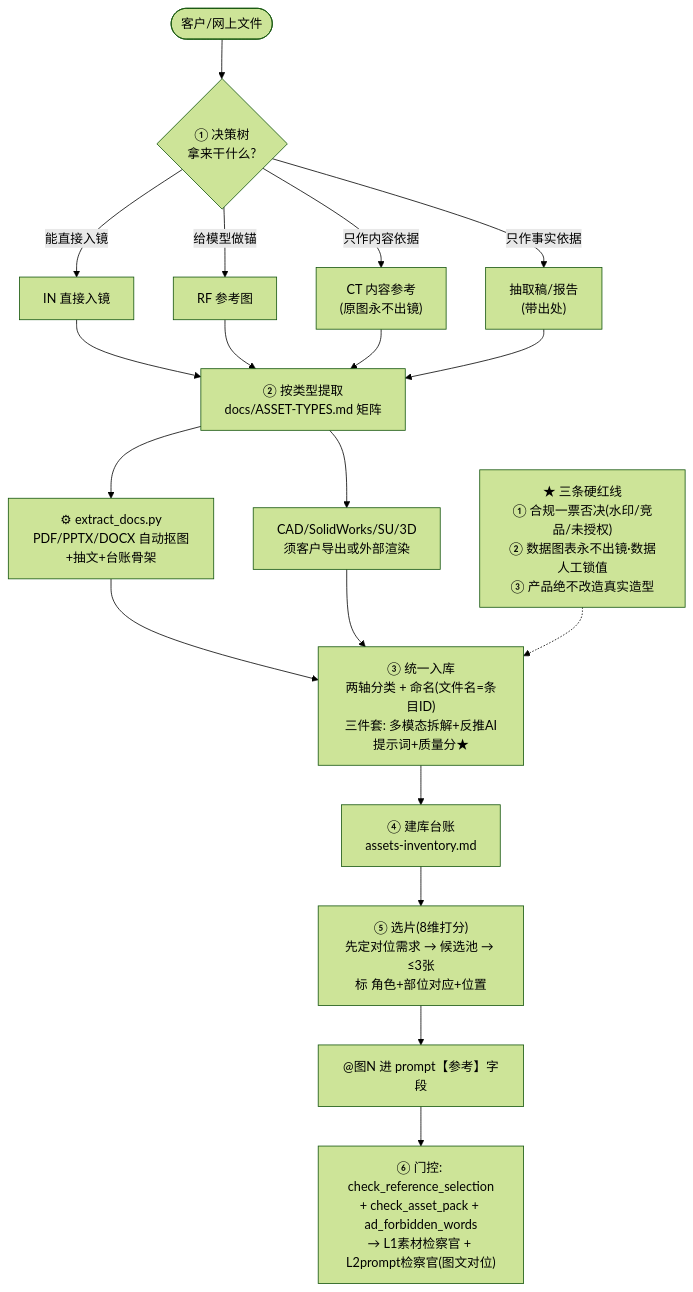
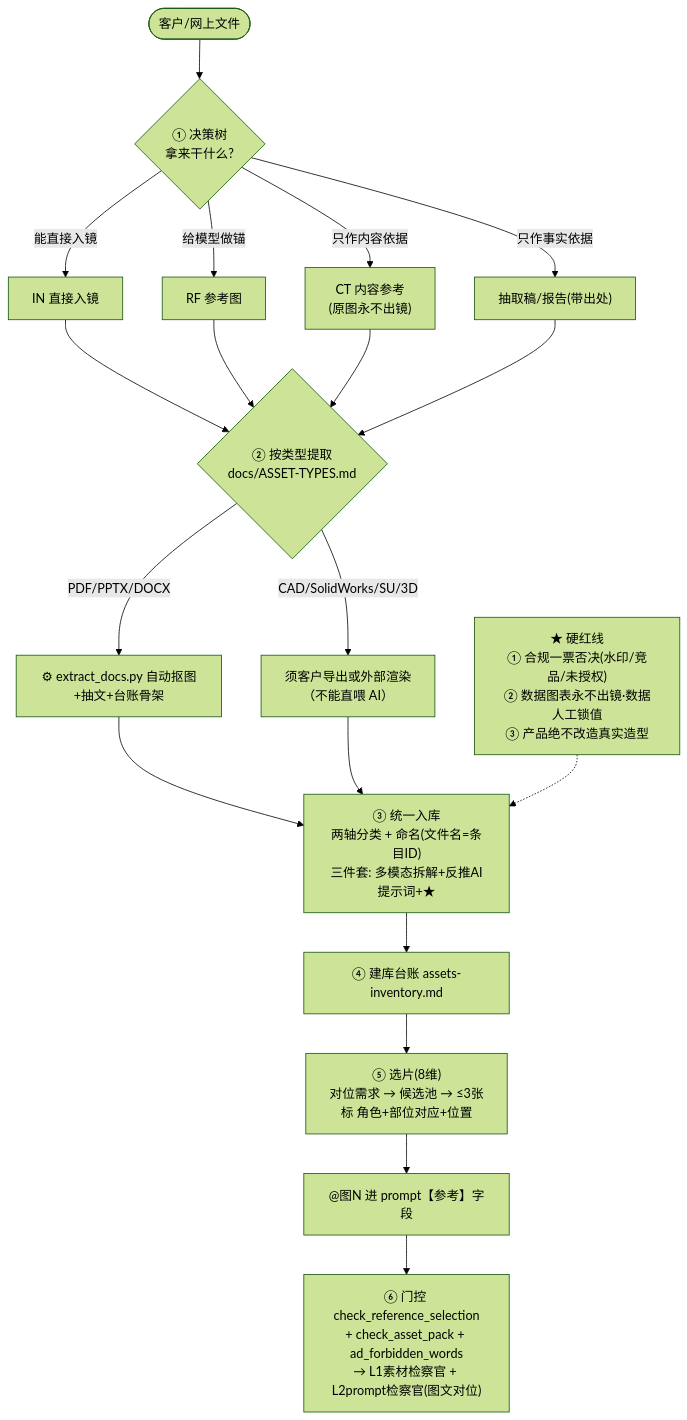
One commit to longmao-001/kesheng_skill changed the second of 2 diagrams in docs/SOP-FLOW.md. Above: the diagram before and after it, drawn with Mermaid (forest theme). The commit also changed other lines of this file, not shown here.

First line of the commit message:
docs(sop): SOP-FLOW 升为完整版 —— 补图三 PPT流程 + 全19拍板点 + 检察官五层 + 硬规则15条

````diff
--- a/docs/SOP-FLOW.md
+++ b/docs/SOP-FLOW.md
@@ -200,21 +264,21 @@
 ```mermaid
 flowchart TD
     F([客户/网上文件]) --> D{"① 决策树<br/>拿来干什么?"}
     D -->|能直接入镜| IN["IN 直接入镜"]
     D -->|给模型做锚| RF["RF 参考图"]
     D -->|只作内容依据| CT["CT 内容参考<br/>(原图永不出镜)"]
-    D -->|只作事实依据| FACT["抽取稿/报告<br/>(带出处)"]
-    IN --> EX["② 按类型提取<br/>docs/ASSET-TYPES.md 矩阵"]
+    D -->|只作事实依据| FACT["抽取稿/报告(带出处)"]
+    IN --> EX{"② 按类型提取<br/>docs/ASSET-TYPES.md"}
     RF --> EX
     CT --> EX
     FACT --> EX
-    EX --> AUTO["⚙ extract_docs.py<br/>PDF/PPTX/DOCX 自动抠图+抽文+台账骨架"]
-    EX --> MAN["CAD/SolidWorks/SU/3D<br/>须客户导出或外部渲染"]
-    AUTO --> CLASS["③ 统一入库<br/>两轴分类 + 命名(文件名=条目ID)<br/>三件套: 多模态拆解+反推AI提示词+质量分★"]
+    EX -->|PDF/PPTX/DOCX| AUTO["⚙ extract_docs.py 自动抠图+抽文+台账骨架"]
+    EX -->|CAD/SolidWorks/SU/3D| MAN["须客户导出或外部渲染<br/>（不能直喂 AI）"]
+    AUTO --> CLASS["③ 统一入库<br/>两轴分类 + 命名(文件名=条目ID)<br/>三件套: 多模态拆解+反推AI提示词+★"]
     MAN --> CLASS
-    CLASS --> LEDGER["④ 建库台账<br/>assets-inventory.md"]
-    LEDGER --> SEL["⑤ 选片(8维打分)<br/>先定对位需求 → 候选池 → ≤3张<br/>标 角色+部位对应+位置"]
+    CLASS --> LEDGER["④ 建库台账 assets-inventory.md"]
+    LEDGER --> SEL["⑤ 选片(8维)<br/>对位需求 → 候选池 → ≤3张<br/>标 角色+部位对应+位置"]
     SEL --> PROMPT["@图N 进 prompt【参考】字段"]
-    PROMPT --> GATE["⑥ 门控: check_reference_selection<br/>+ check_asset_pack + ad_forbidden_words<br/>→ L1素材检察官 + L2prompt检察官(图文对位)"]
-    RED["★ 三条硬红线<br/>① 合规一票否决(水印/竞品/未授权)<br/>② 数据图表永不出镜·数据人工锁值<br/>③ 产品绝不改造真实造型"] -.-> CLASS
+    PROMPT --> GATE["⑥ 门控 check_reference_selection<br/>+ check_asset_pack + ad_forbidden_words<br/>→ L1素材检察官 + L2prompt检察官(图文对位)"]
+    RED["★ 硬红线<br/>① 合规一票否决(水印/竞品/未授权)<br/>② 数据图表永不出镜·数据人工锁值<br/>③ 产品绝不改造真实造型"] -.-> CLASS
 ```
````
